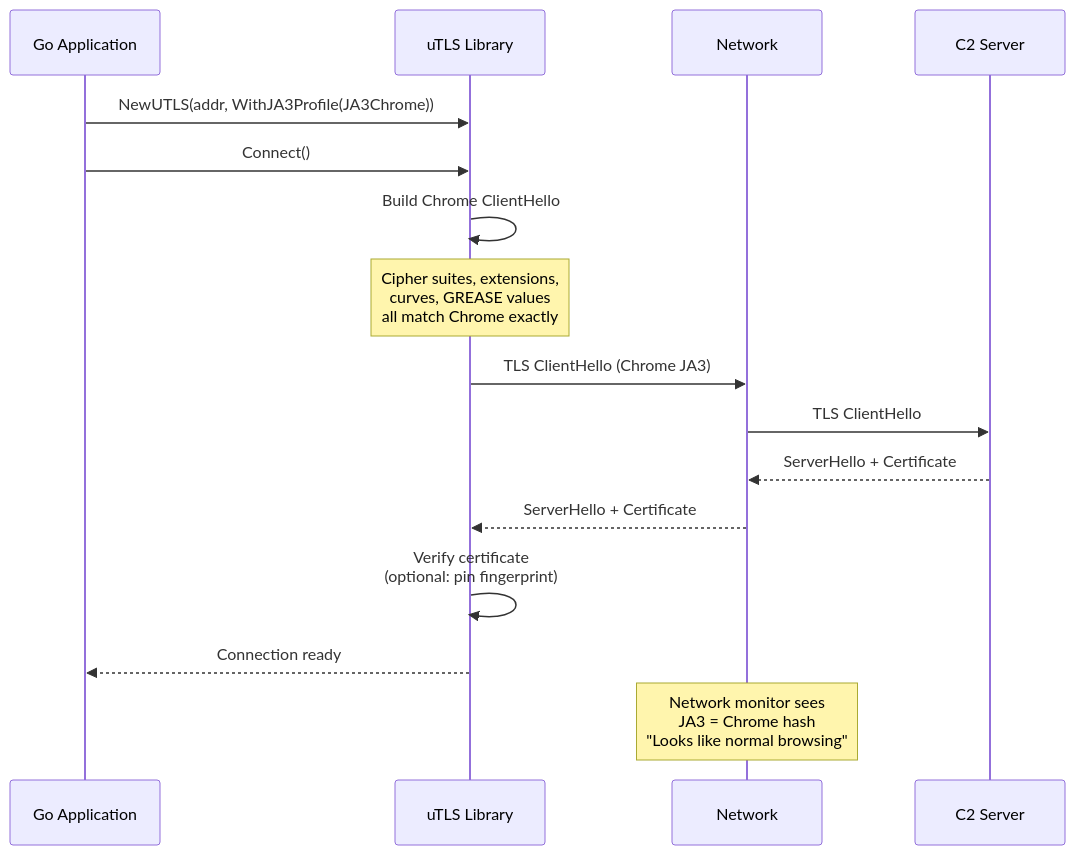
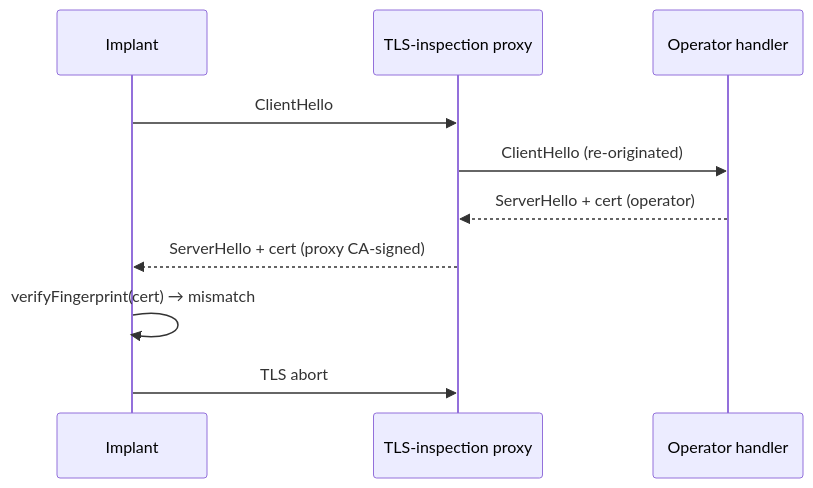
Before and after one commit to oioio-space/maldev: the second of 2 diagrams in docs/techniques/c2/transport.md, drawn with Mermaid. The commit also changed other lines of this file and 8 other files, not shown here.

````diff
--- a/docs/techniques/c2/transport.md
+++ b/docs/techniques/c2/transport.md
@@ -63,23 +71,13 @@
 ```mermaid
 sequenceDiagram
-    participant App as Go Application
-    participant uTLS as uTLS Library
-    participant Net as Network
-    participant Server as C2 Server
+    participant Imp as Implant
+    participant MITM as TLS-inspection proxy
+    participant Op as Operator handler
 
-    App->>uTLS: NewUTLS(addr, WithJA3Profile(JA3Chrome))
-    App->>uTLS: Connect()
-
-    uTLS->>uTLS: Build Chrome ClientHello
-    Note over uTLS: Cipher suites, extensions,<br/>curves, GREASE values<br/>all match Chrome exactly
-
-    uTLS->>Net: TLS ClientHello (Chrome JA3)
-    Net->>Server: TLS ClientHello
-    Server-->>Net: ServerHello + Certificate
-    Net-->>uTLS: ServerHello + Certificate
-
-    uTLS->>uTLS: Verify certificate<br/>(optional: pin fingerprint)
-    uTLS-->>App: Connection ready
-
-    Note over Net: Network monitor sees<br/>JA3 = Chrome hash<br/>"Looks like normal browsing"
+    Imp->>MITM: ClientHello
+    MITM->>Op: ClientHello (re-originated)
+    Op-->>MITM: ServerHello + cert (operator)
+    MITM-->>Imp: ServerHello + cert (proxy CA-signed)
+    Imp->>Imp: verifyFingerprint(cert) → mismatch
+    Imp->>MITM: TLS abort
 ```
````
